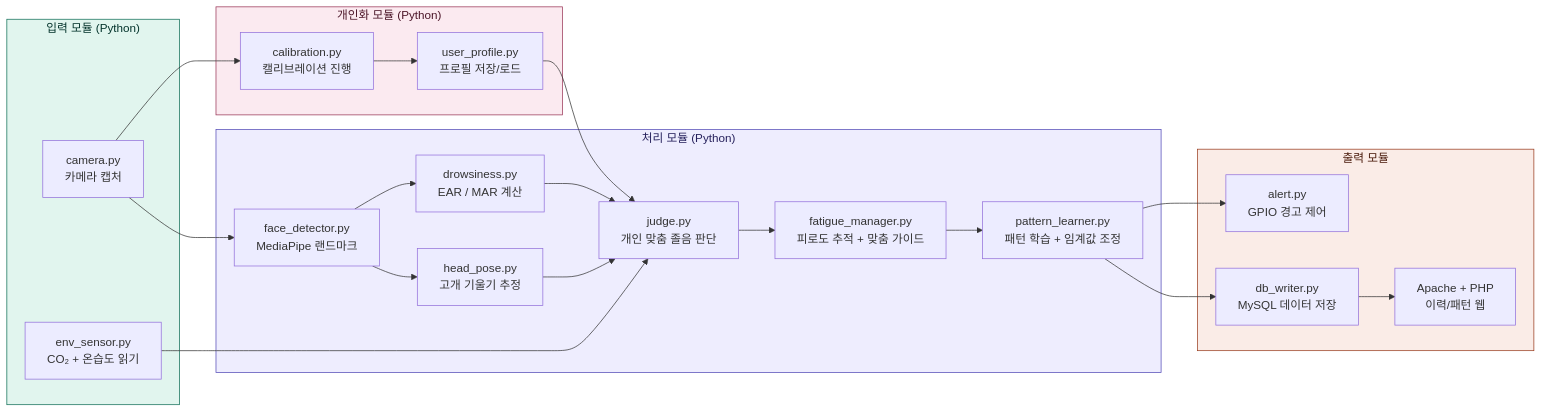
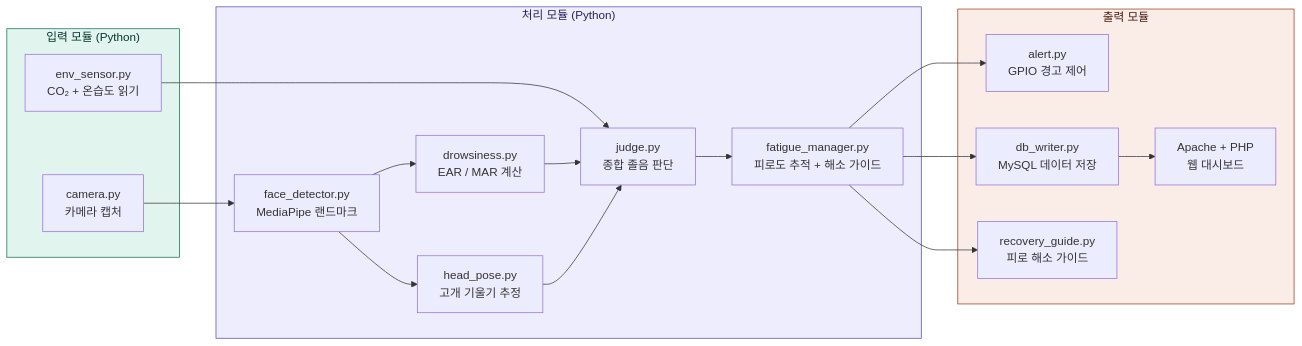
The third of 11 diagrams in project.md (pgh165/capstone), drawn with Mermaid before and after one commit. The commit also changed other lines of this file and 13 other files, not shown here.

````diff
--- a/project.md
+++ b/project.md
@@ -173,47 +132,38 @@
 ```mermaid
 graph LR
     subgraph INPUT["입력 모듈 (Python)"]
         A1["camera.py<br/>카메라 캡처"]
         A2["env_sensor.py<br/>CO₂ + 온습도 읽기"]
     end
 
-    subgraph PERSONAL["개인화 모듈 (Python)"]
-        P1["calibration.py<br/>캘리브레이션 진행"]
-        P2["user_profile.py<br/>프로필 저장/로드"]
-    end
-
     subgraph PROCESS["처리 모듈 (Python)"]
         B1["face_detector.py<br/>MediaPipe 랜드마크"]
         B2["drowsiness.py<br/>EAR / MAR 계산"]
         B3["head_pose.py<br/>고개 기울기 추정"]
-        B4["judge.py<br/>개인 맞춤 졸음 판단"]
-        B5["fatigue_manager.py<br/>피로도 추적 + 맞춤 가이드"]
-        B6["pattern_learner.py<br/>패턴 학습 + 임계값 조정"]
+        B4["judge.py<br/>종합 졸음 판단"]
+        B5["fatigue_manager.py<br/>피로도 추적 + 해소 가이드"]
     end
 
     subgraph OUTPUT["출력 모듈"]
         C1["alert.py<br/>GPIO 경고 제어"]
         C2["db_writer.py<br/>MySQL 데이터 저장"]
-        C3["Apache + PHP<br/>이력/패턴 웹"]
+        C3["recovery_guide.py<br/>피로 해소 가이드"]
+        C4["Apache + PHP<br/>웹 대시보드"]
     end
 
-    A1 --> P1
-    P1 --> P2
-    P2 --> B4
     A1 --> B1
     A2 --> B4
     B1 --> B2
     B1 --> B3
     B2 --> B4
     B3 --> B4
     B4 --> B5
-    B5 --> B6
-    B6 --> C1
-    B6 --> C2
-    C2 --> C3
+    B5 --> C1
+    B5 --> C2
+    B5 --> C3
+    C2 --> C4
 
     style INPUT fill:#E1F5EE,stroke:#0F6E56,color:#04342C
-    style PERSONAL fill:#FBEAF0,stroke:#993556,color:#4B1528
     style PROCESS fill:#EEEDFE,stroke:#534AB7,color:#26215C
     style OUTPUT fill:#FAECE7,stroke:#993C1D,color:#4A1B0C
 ```
````
